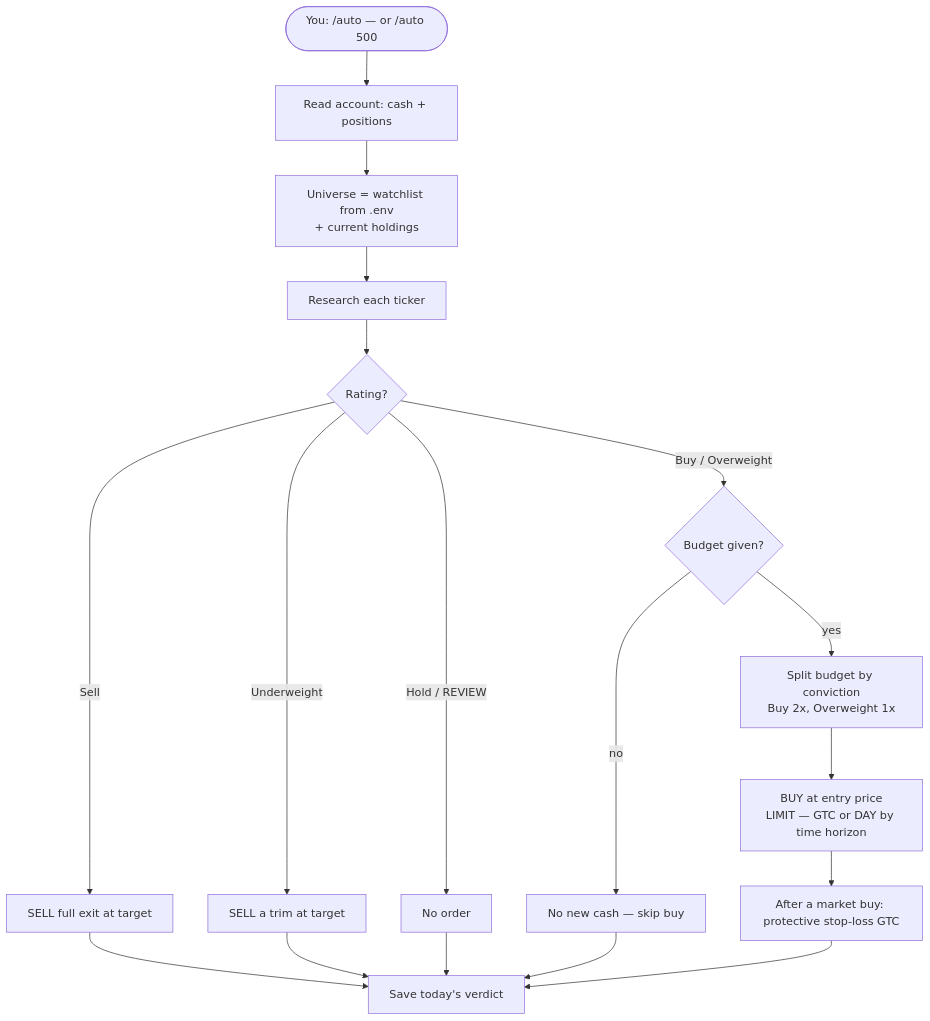
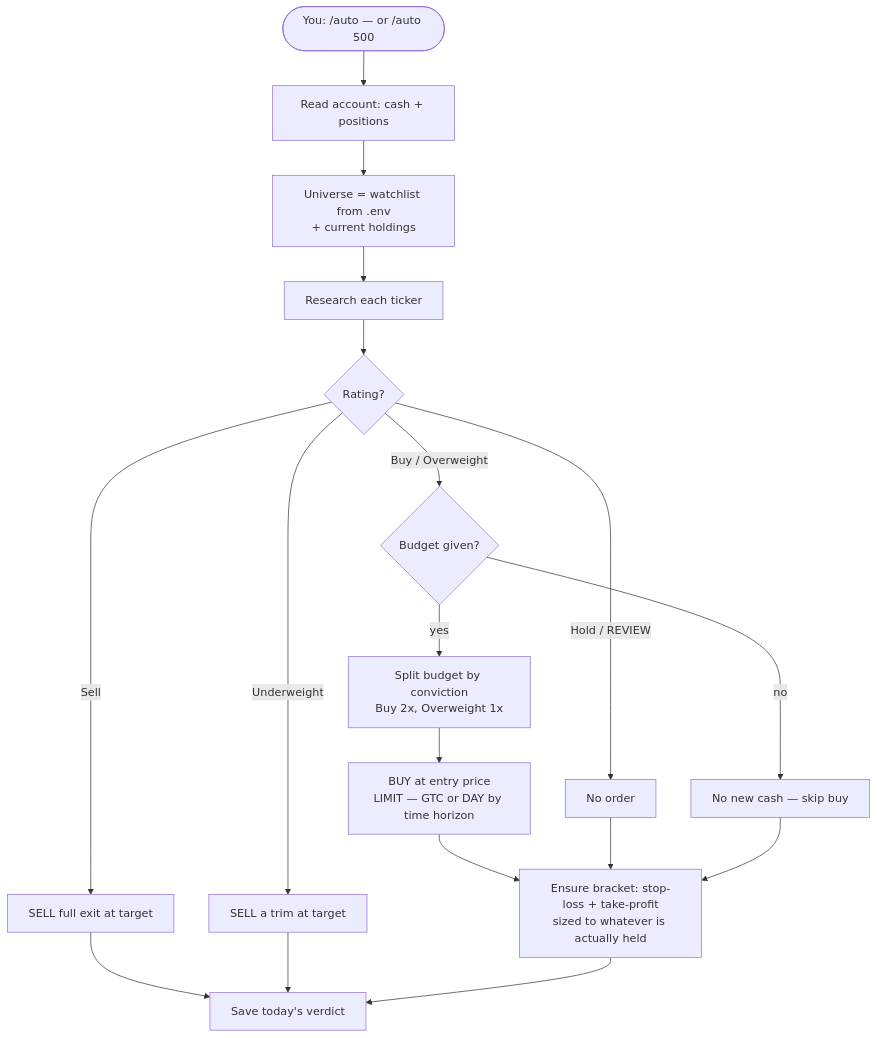
The second of 2 diagrams in execution_agent/README.md (Imcz-dotcom/TradingAgents), drawn with Mermaid before and after one commit. The commit also changed other lines of this file and 11 other files, not shown here.

````diff
--- a/execution_agent/README.md
+++ b/execution_agent/README.md
@@ -197,20 +226,20 @@
 ```mermaid
 flowchart TD
     Start([You: /auto — or /auto 500]) --> Read[Read account: cash + positions]
     Read --> Universe[Universe = watchlist from .env<br/>+ current holdings]
     Universe --> Research[Research each ticker]
     Research --> Rating{Rating?}
     Rating -->|Buy / Overweight| Budget{Budget given?}
     Budget -->|yes| Split[Split budget by conviction<br/>Buy 2x, Overweight 1x]
     Split --> Buy[BUY at entry price<br/>LIMIT — GTC or DAY by time horizon]
     Budget -->|no| NoBuy[No new cash — skip buy]
     Rating -->|Sell| Sell[SELL full exit at target]
     Rating -->|Underweight| Trim[SELL a trim at target]
     Rating -->|Hold / REVIEW| Hold[No order]
-    Buy --> Stop[After a market buy: protective stop-loss GTC]
+    Buy --> Bracket[Ensure bracket: stop-loss + take-profit<br/>sized to whatever is actually held]
+    Hold --> Bracket
+    NoBuy --> Bracket
     Sell --> Save[Save today's verdict]
     Trim --> Save
-    Hold --> Save
-    NoBuy --> Save
-    Stop --> Save
+    Bracket --> Save
 ```
````
